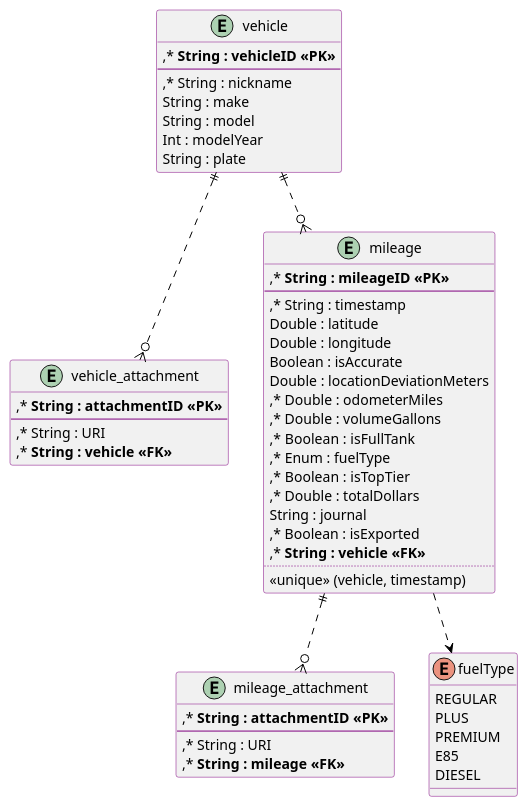
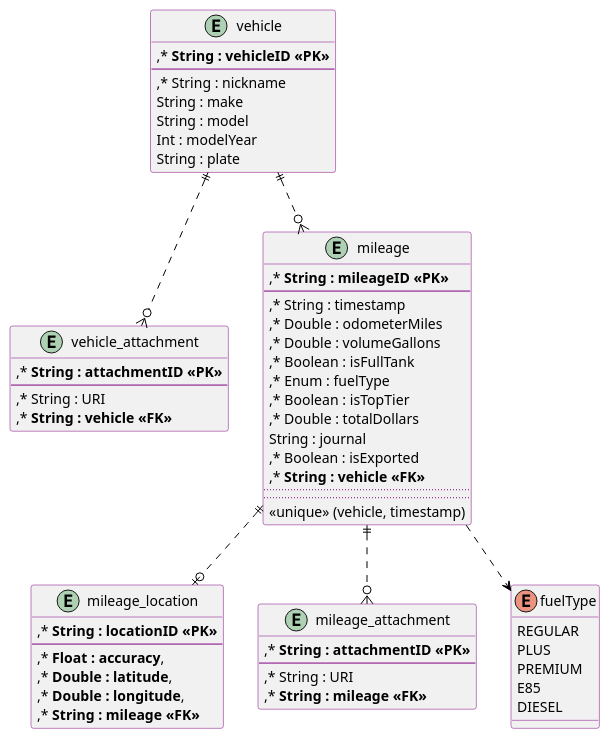
One commit to officialBeebe/FuelBuddy changed the first of 2 diagrams in README.org. Above: the diagram before and after it, drawn with PlantUML. The commit also changed other lines of this file and 3 other files, not shown here.

```diff
--- a/README.org
+++ b/README.org
@@ -65,73 +65,80 @@
 #+begin_src plantuml :file diagrams/erd.svg :tangle diagrams/erd.puml :exports none :results none
 @startuml
 
 <style>
 classDiagram {
         Linecolor purple
         arrow {
                 FontColor black
                 LineColor black
         }
 }
 </style>
 
 entity "vehicle" as v {
         ,* **String : vehicleID <<PK>>**
         --
         ,* String : nickname
         String : make
         String : model
         Int : modelYear
         String : plate
 }
 
 entity "vehicle_attachment" as va {
-    ,* **String : attachmentID <<PK>>**
-    --
-    ,* String : URI
-    ,* **String : vehicle <<FK>>**
+        ,* **String : attachmentID <<PK>>**
+        --
+        ,* String : URI
+        ,* **String : vehicle <<FK>>**
 }
 
 entity "mileage" as m {
         ,* **String : mileageID <<PK>>**
         --
         ,* String : timestamp
-        Double : latitude
-        Double : longitude
-        Boolean : isAccurate
-        Double : locationDeviationMeters
         ,* Double : odometerMiles
         ,* Double : volumeGallons
         ,* Boolean : isFullTank
         ,* Enum : fuelType
         ,* Boolean : isTopTier
         ,* Double : totalDollars
         String : journal
         ,* Boolean : isExported
         ,* **String : vehicle <<FK>>**
         ..
+        ..
         <<unique>> (vehicle, timestamp)
+}
+
+entity "mileage_location" as ml {
+        ,* **String : locationID <<PK>>**
+        --
+        ,* **Float : accuracy**,
+        ,* **Double : latitude**,
+        ,* **Double : longitude**,
+        ,* **String : mileage <<FK>>**
 }
 
 entity "mileage_attachment" as ma {
         ,* **String : attachmentID <<PK>>**
         --
         ,* String : URI
         ,* **String : mileage <<FK>>**
 }
 
 enum "fuelType" as ft {
         REGULAR
         PLUS
         PREMIUM
         E85
         DIESEL
 }
 
 v ||..o{ va
 v ||..o{ m
+m ..> ft
 m ||..o{ ma
-m ..> ft
+m ||..o| ml
 
 @enduml
 #+end_src
```
